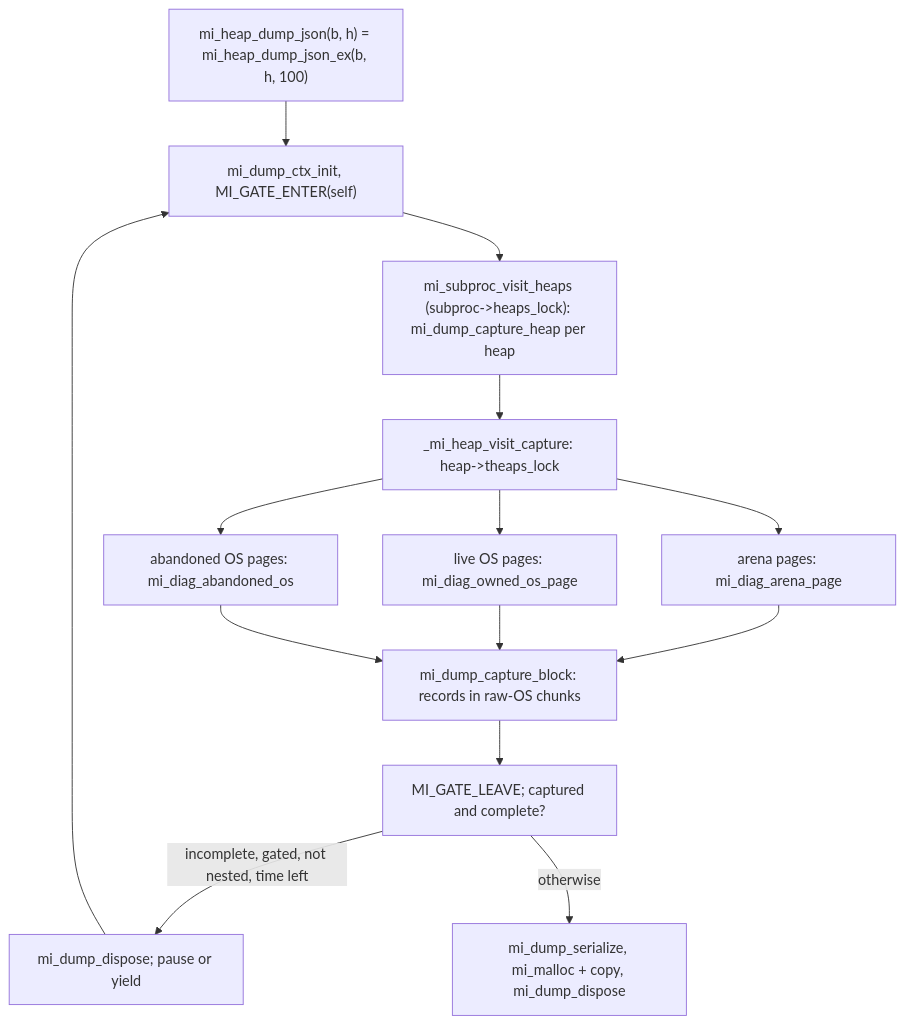
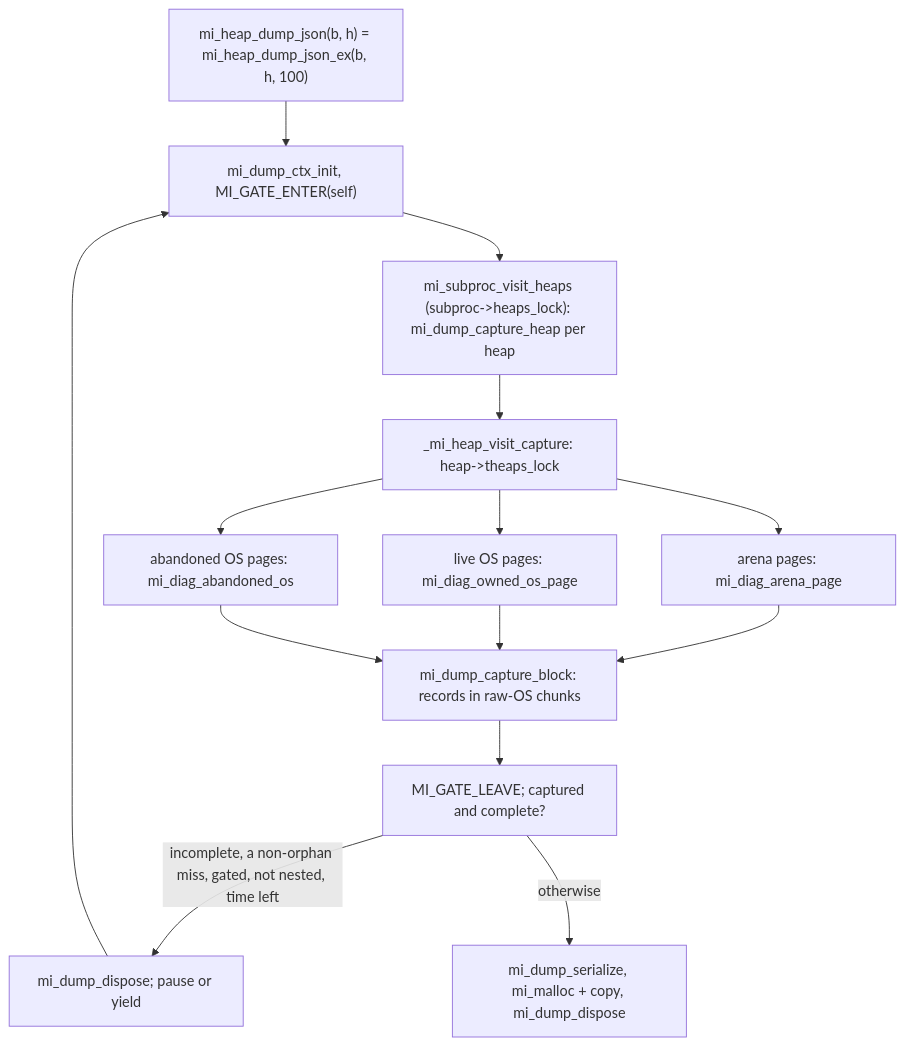
Before and after one commit to Nosenzor/mimalloc-pprof: the diagram in docs/heap-dump-and-diagnostics.md, drawn with Mermaid. The commit also changed other lines of this file and 1 other file, not shown here.

First line of the commit message:
docs: drop the fixed snapshot and dump defects from the internals docs

````diff
--- a/docs/heap-dump-and-diagnostics.md
+++ b/docs/heap-dump-and-diagnostics.md
@@ -157,14 +158,14 @@
 ```mermaid
 graph TD
   B["mi_heap_dump_json(b, h) = mi_heap_dump_json_ex(b, h, 100)"] --> C["mi_dump_ctx_init, MI_GATE_ENTER(self)"]
   C --> D["mi_subproc_visit_heaps (subproc->heaps_lock): mi_dump_capture_heap per heap"]
   D --> F["_mi_heap_visit_capture: heap->theaps_lock"]
   F --> G["arena pages: mi_diag_arena_page"]
   F --> H["live OS pages: mi_diag_owned_os_page"]
   F --> I["abandoned OS pages: mi_diag_abandoned_os"]
   G & H & I --> J["mi_dump_capture_block: records in raw-OS chunks"]
   J --> K["MI_GATE_LEAVE; captured and complete?"]
-  K -- "incomplete, gated, not nested, time left" --> L["mi_dump_dispose; pause or yield"]
+  K -- "incomplete, a non-orphan miss, gated, not nested, time left" --> L["mi_dump_dispose; pause or yield"]
   L --> C
   K -- "otherwise" --> M["mi_dump_serialize, mi_malloc + copy, mi_dump_dispose"]
 ```
````
